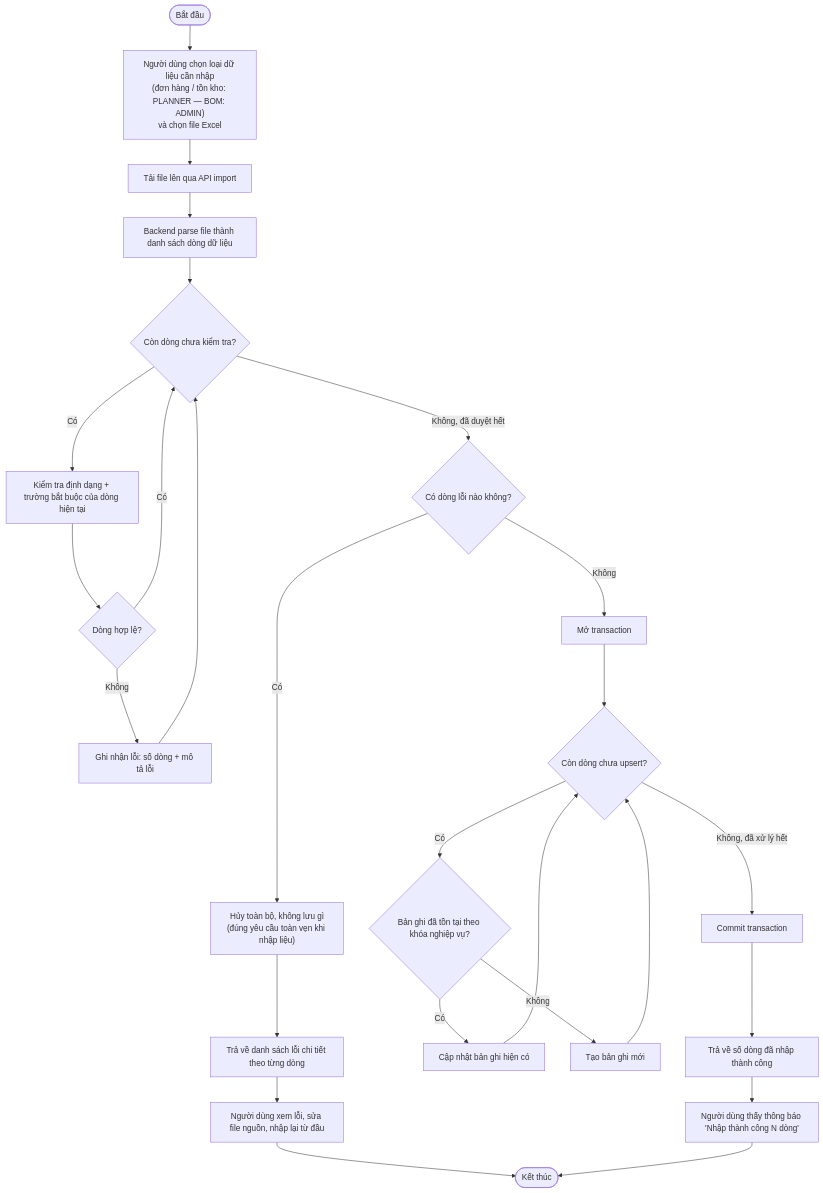
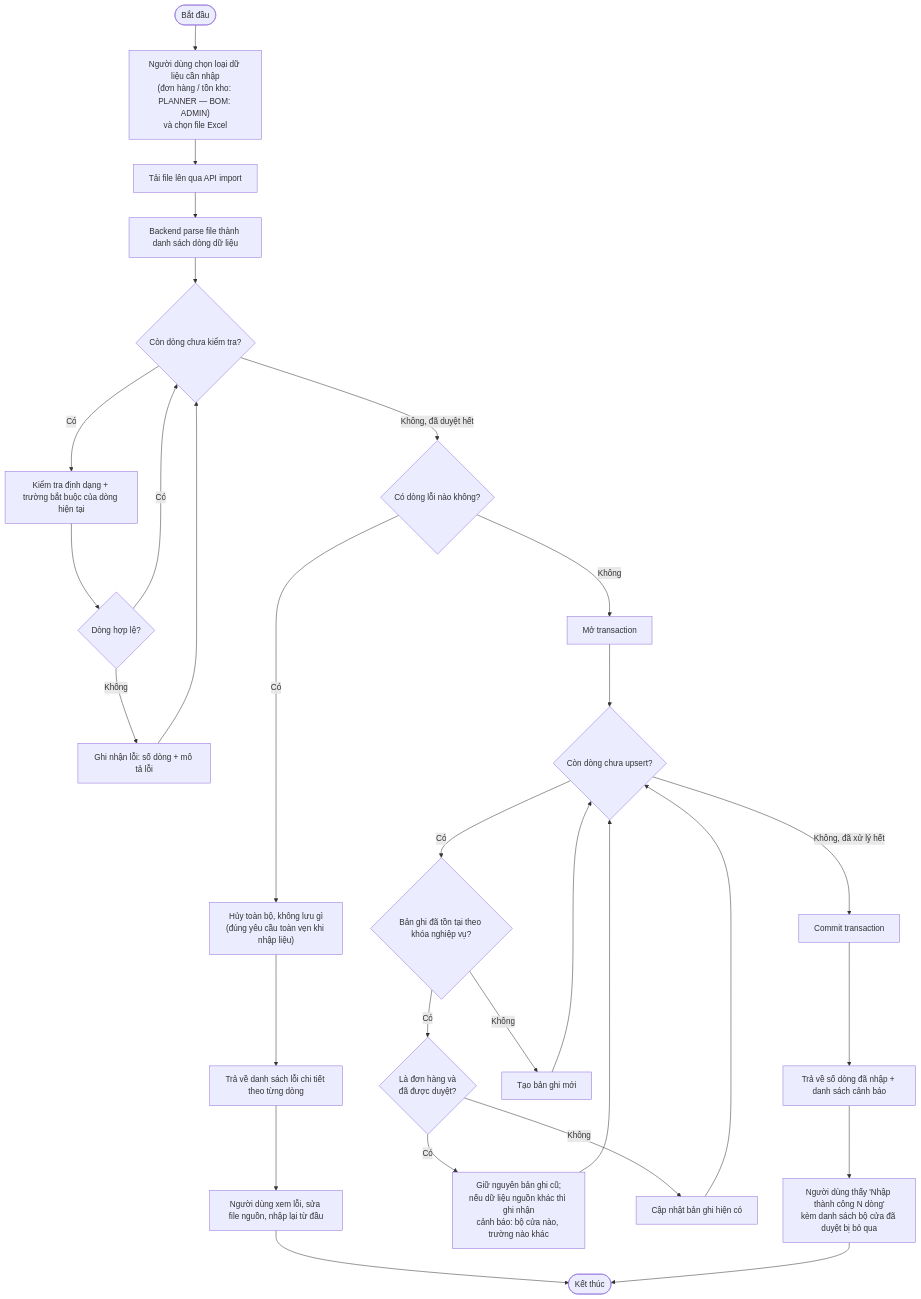
Before and after one commit to huydeptraii123/GraduationThesis: the first of 5 diagrams in docs/activity-diagrams.md, drawn with Mermaid. The commit also changed other lines of this file and 10 other files, not shown here.

````diff
--- a/docs/activity-diagrams.md
+++ b/docs/activity-diagrams.md
@@ -9,30 +9,33 @@
 ```mermaid
 flowchart TD
     A([Bắt đầu]) --> B["Người dùng chọn loại dữ liệu cần nhập<br/>(đơn hàng / tồn kho: PLANNER — BOM: ADMIN)<br/>và chọn file Excel"]
     B --> C["Tải file lên qua API import"]
     C --> D["Backend parse file thành danh sách dòng dữ liệu"]
     D --> E{"Còn dòng chưa kiểm tra?"}
     E -- "Có" --> F["Kiểm tra định dạng + trường bắt buộc của dòng hiện tại"]
     F --> G{"Dòng hợp lệ?"}
     G -- "Không" --> H["Ghi nhận lỗi: số dòng + mô tả lỗi"]
     H --> E
     G -- "Có" --> E
     E -- "Không, đã duyệt hết" --> I{"Có dòng lỗi nào không?"}
 
     I -- "Có" --> J["Hủy toàn bộ, không lưu gì<br/>(đúng yêu cầu toàn vẹn khi nhập liệu)"]
     J --> K["Trả về danh sách lỗi chi tiết theo từng dòng"]
     K --> L["Người dùng xem lỗi, sửa file nguồn, nhập lại từ đầu"]
     L --> Z([Kết thúc])
 
     I -- "Không" --> M["Mở transaction"]
     M --> N{"Còn dòng chưa upsert?"}
     N -- "Có" --> O{"Bản ghi đã tồn tại theo khóa nghiệp vụ?"}
-    O -- "Có" --> P["Cập nhật bản ghi hiện có"]
+    O -- "Có" --> O2{"Là đơn hàng và<br/>đã được duyệt?"}
+    O2 -- "Có" --> O3["Giữ nguyên bản ghi cũ;<br/>nếu dữ liệu nguồn khác thì ghi nhận<br/>cảnh báo: bộ cửa nào, trường nào khác"]
+    O3 --> N
+    O2 -- "Không" --> P["Cập nhật bản ghi hiện có"]
     O -- "Không" --> Q["Tạo bản ghi mới"]
     P --> N
     Q --> N
     N -- "Không, đã xử lý hết" --> R["Commit transaction"]
-    R --> S["Trả về số dòng đã nhập thành công"]
-    S --> T["Người dùng thấy thông báo 'Nhập thành công N dòng'"]
+    R --> S["Trả về số dòng đã nhập + danh sách cảnh báo"]
+    S --> T["Người dùng thấy 'Nhập thành công N dòng'<br/>kèm danh sách bộ cửa đã duyệt bị bỏ qua"]
     T --> Z
 ```
````
